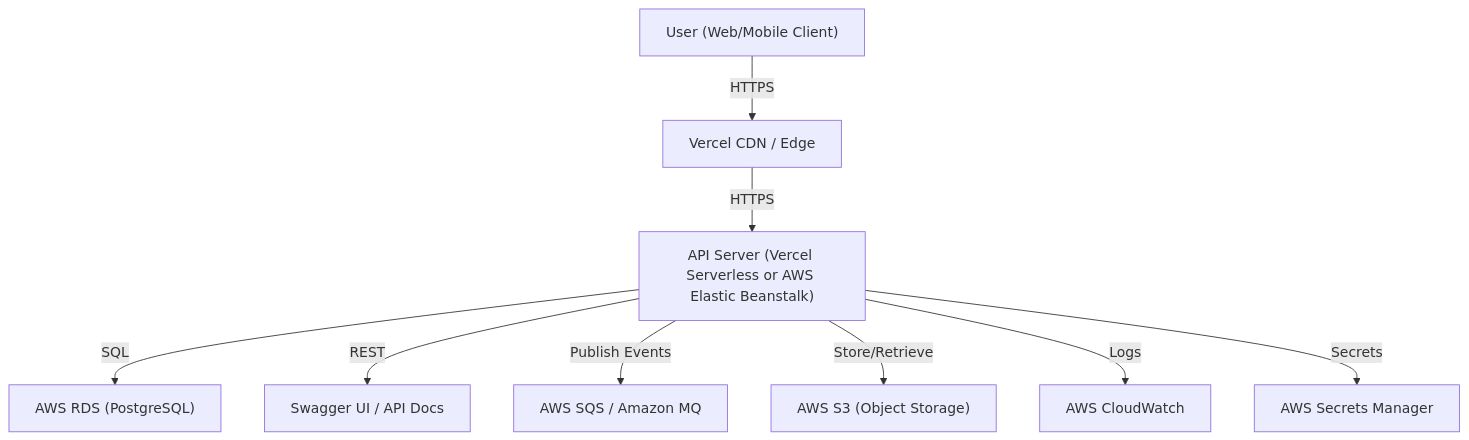
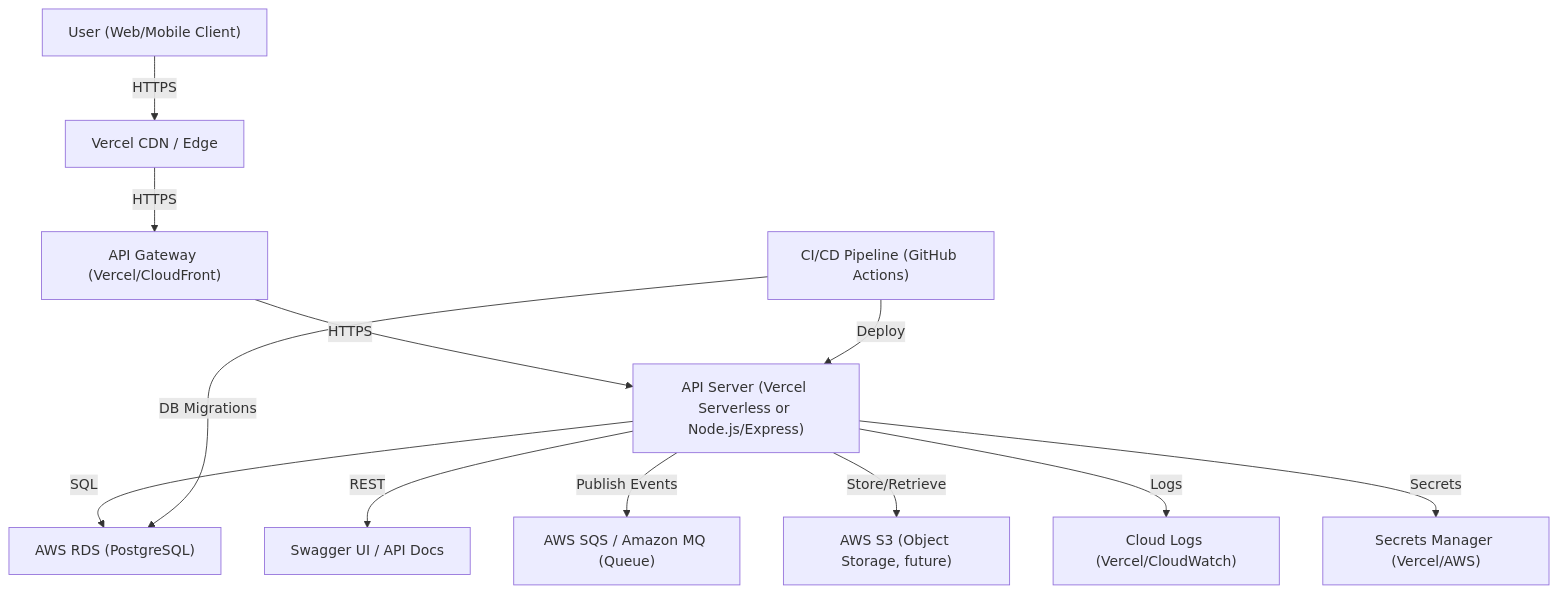
One commit to eliteDev8/Sterry_Assesment changed the third of 3 diagrams in README.md. Above: the diagram before and after it, drawn with Mermaid. The commit also changed other lines of this file, not shown here.

````diff
--- a/README.md
+++ b/README.md
@@ -329,21 +331,26 @@
 ```mermaid
 flowchart TD
   User["User (Web/Mobile Client)"]
   CDN["Vercel CDN / Edge"]
-  API["API Server (Vercel Serverless or AWS Elastic Beanstalk)"]
-  S3["AWS S3 (Object Storage)"]
+  APIGW["API Gateway (Vercel/CloudFront)"]
+  API["API Server (Vercel Serverless or Node.js/Express)"]
+  S3["AWS S3 (Object Storage, future)"]
   RDS["AWS RDS (PostgreSQL)"]
-  MQ["AWS SQS / Amazon MQ"]
-  Logs["AWS CloudWatch"]
-  Secrets["AWS Secrets Manager"]
+  MQ["AWS SQS / Amazon MQ (Queue)"]
+  Logs["Cloud Logs (Vercel/CloudWatch)"]
+  Secrets["Secrets Manager (Vercel/AWS)"]
+  CI["CI/CD Pipeline (GitHub Actions)"]
   Docs["Swagger UI / API Docs"]
 
   User -- HTTPS --> CDN
-  CDN -- HTTPS --> API
+  CDN -- HTTPS --> APIGW
+  APIGW -- HTTPS --> API
   API -- SQL --> RDS
   API -- REST --> Docs
   API -- Publish Events --> MQ
   API -- Store/Retrieve --> S3
   API -- Logs --> Logs
   API -- Secrets --> Secrets
+  CI -- Deploy --> API
+  CI -- DB Migrations --> RDS
 ```
````
